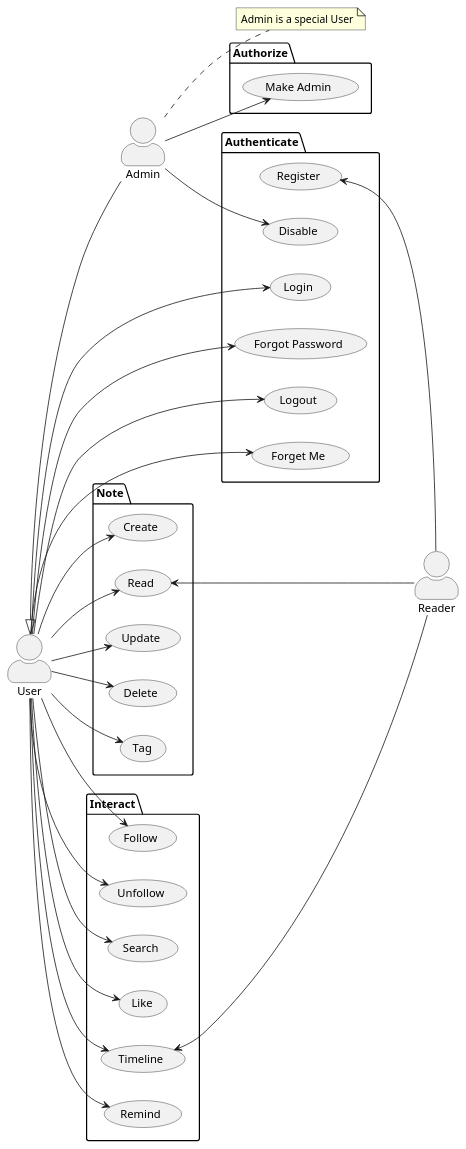
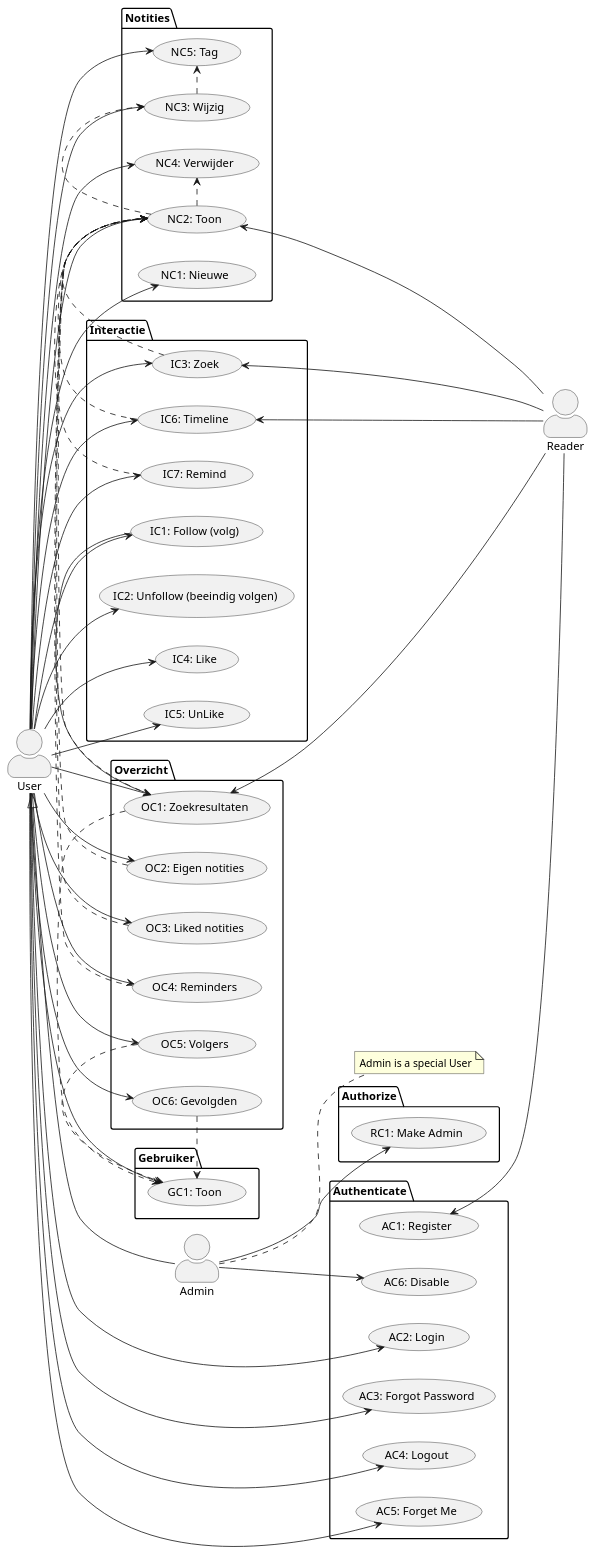
Before and after one commit to jvorhauer/noviaal: the diagram in documentatie/FO/use-cases.puml, drawn with PlantUML. The commit also changed 11 other files, not shown here.

Commit message:
Use Case diagram zo goed als af. Gevolgen daarvan verwerkt.

```diff
--- a/documentatie/FO/use-cases.puml
+++ b/documentatie/FO/use-cases.puml
@@ -1,71 +1,114 @@
 @startuml use-cases
 
 skinparam actorStyle awesome
 
 left to right direction
 
 actor User as u
 actor Admin as a
 actor Reader as r
 
 note right of a : Admin is a special User
 
 u <|-- a
 
 package Authenticate {
-  usecase "Register" as AC1
-  usecase "Login" as AC2
-  usecase "Forgot Password" as AC3
-  usecase "Logout" as AC4
-  usecase "Forget Me" as AC5
-  usecase "Disable" as AC6
+  usecase "AC1: Register" as AC1
+  usecase "AC2: Login" as AC2
+  usecase "AC3: Forgot Password" as AC3
+  usecase "AC4: Logout" as AC4
+  usecase "AC5: Forget Me" as AC5
+  usecase "AC6: Disable" as AC6
 }
 
 u --> AC2
 u --> AC3
 u --> AC4
 u --> AC5
 AC1 <-- r
 a --> AC6
 
+package Gebruiker {
+  usecase "GC1: Toon" as GC1
+}
+
+u --> GC1
+
 package Authorize {
-  usecase "Make Admin" as RC1
+  usecase "RC1: Make Admin" as RC1
 }
 
 a --> RC1
 
-package Note {
-  usecase "Create" as NC1
-  usecase "Read" as NC2
-  usecase "Update" as NC3
-  usecase "Delete" as NC4
-  usecase "Tag" as NC5
+package Notities {
+  usecase "NC1: Nieuwe" as NC1
+  usecase "NC2: Toon" as NC2
+  usecase "NC3: Wijzig" as NC3
+  usecase "NC4: Verwijder" as NC4
+  usecase "NC5: Tag" as NC5
 }
 
 u --> NC1
 u --> NC2
 u --> NC3
 u --> NC4
 u --> NC5
+NC2 .> NC3
+NC2 .> NC4
+NC3 .> NC5
 
 NC2 <-- r
 
-package Interact {
-  usecase "Follow" as IC1
-  usecase "Unfollow" as IC2
-  usecase "Search" as IC3
-  usecase "Like" as IC4
-  usecase "Timeline" as IC5
-  usecase "Remind" as IC6
+package Interactie {
+  usecase "IC1: Follow (volg)" as IC1
+  usecase "IC2: Unfollow (beeindig volgen)" as IC2
+  usecase "IC3: Zoek" as IC3
+  usecase "IC4: Like" as IC4
+  usecase "IC5: UnLike" as IC5
+  usecase "IC6: Timeline" as IC6
+  usecase "IC7: Remind" as IC7
 }
 
 u --> IC1
 u --> IC2
 u --> IC3
 u --> IC4
 u --> IC5
 u --> IC6
+u --> IC7
 
-IC5 <-- r
+IC3 .> NC2
+IC6 .> NC2
+IC7 .> NC2
+
+IC3 <-- r
+IC6 <-- r
+
+package Overzicht {
+  usecase "OC1: Zoekresultaten" as OC1
+  usecase "OC2: Eigen notities" as OC2
+  usecase "OC3: Liked notities" as OC3
+  usecase "OC4: Reminders" as OC4
+  usecase "OC5: Volgers" as OC5
+  usecase "OC6: Gevolgden" as OC6
+}
+
+u --> OC1
+u --> OC2
+u --> OC3
+u --> OC4
+u --> OC5
+u --> OC6
+
+OC1 <-- r
+
+IC1 --> OC1
+OC1 .> NC2
+OC1 .> GC1
+OC2 .> NC2
+OC3 .> NC2
+OC4 .> NC2
+OC5 .> GC1
+OC6 .> GC1
 
 @enduml
```
